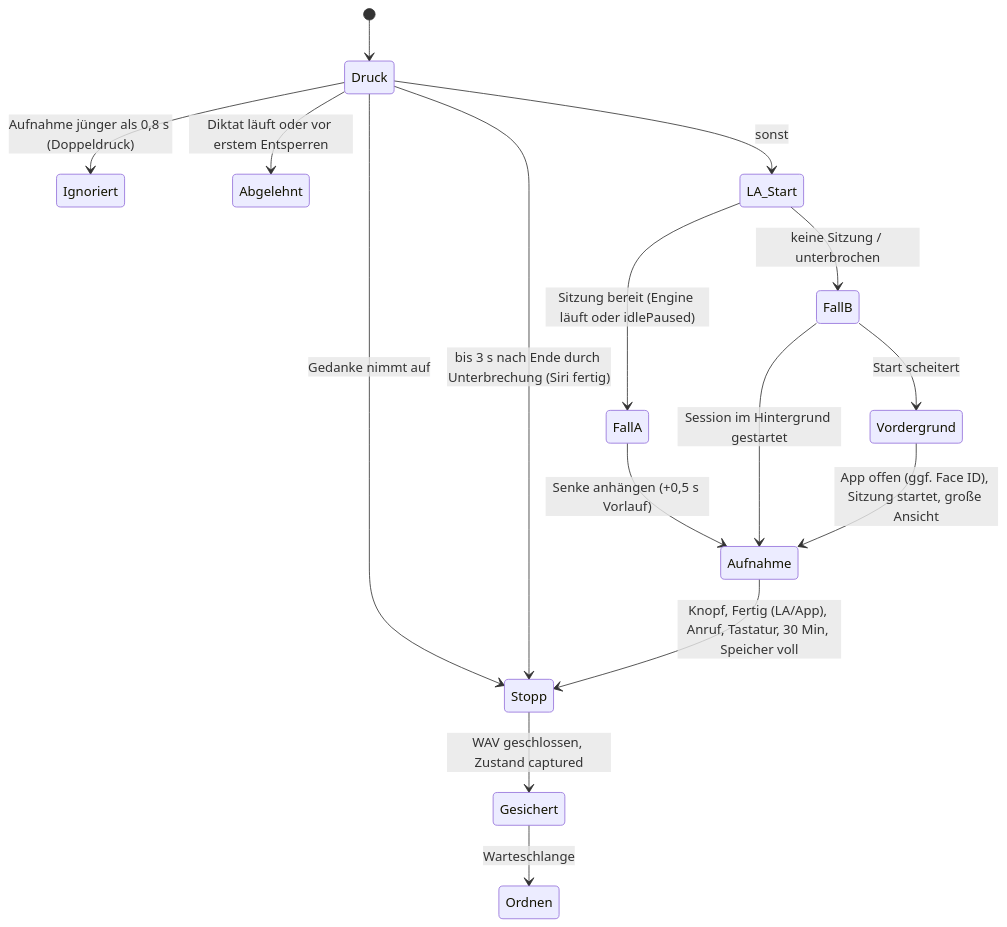
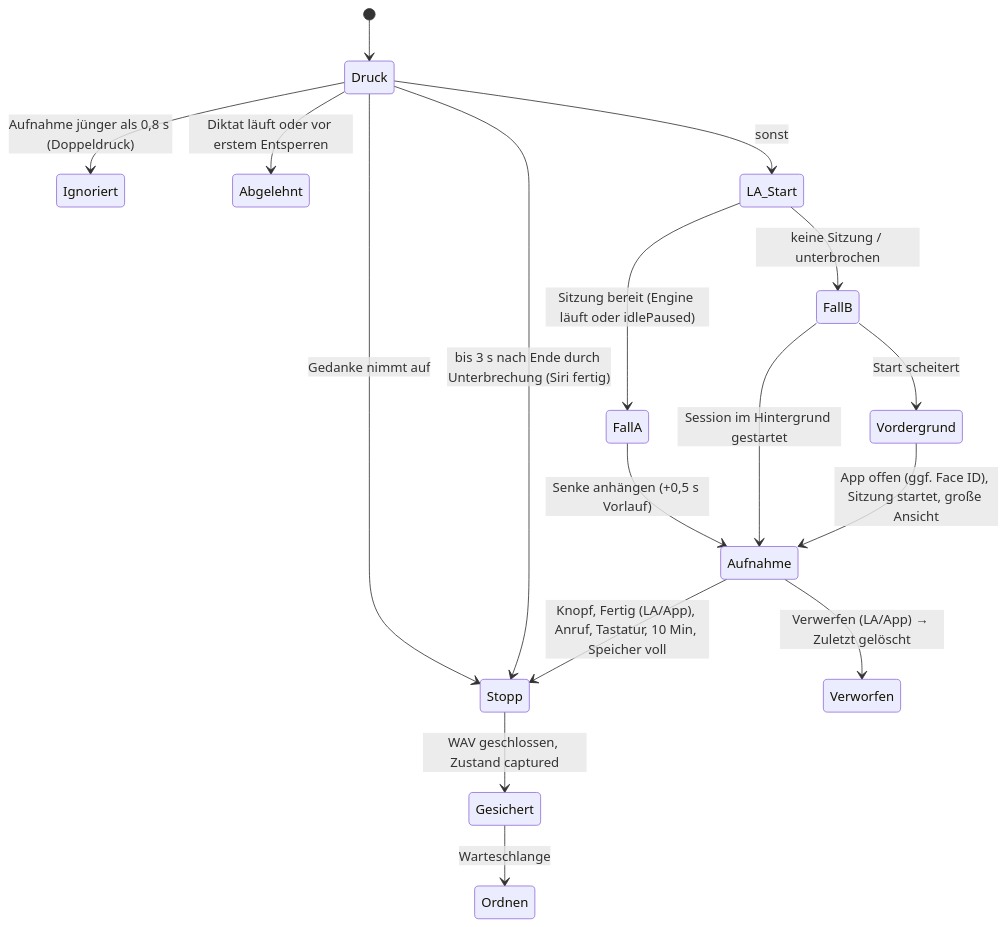
The diagram in ios/docs/gedanken/KONZEPT.md (qode-lab-wtf/paply), drawn with Mermaid before and after one commit. The commit also changed other lines of this file and 84 other files, not shown here.

````diff
--- a/ios/docs/gedanken/KONZEPT.md
+++ b/ios/docs/gedanken/KONZEPT.md
@@ -409,18 +414,19 @@
 ```mermaid
 stateDiagram-v2
     [*] --> Druck
     Druck --> Ignoriert: Aufnahme jünger als 0,8 s (Doppeldruck)
     Druck --> Stopp: Gedanke nimmt auf
     Druck --> Stopp: bis 3 s nach Ende durch Unterbrechung (Siri fertig)
     Druck --> Abgelehnt: Diktat läuft oder vor erstem Entsperren
     Druck --> LA_Start: sonst
     LA_Start --> FallA: Sitzung bereit (Engine läuft oder idlePaused)
     LA_Start --> FallB: keine Sitzung / unterbrochen
     FallA --> Aufnahme: Senke anhängen (+0,5 s Vorlauf)
     FallB --> Aufnahme: Session im Hintergrund gestartet
     FallB --> Vordergrund: Start scheitert
     Vordergrund --> Aufnahme: App offen (ggf. Face ID), Sitzung startet, große Ansicht
-    Aufnahme --> Stopp: Knopf, Fertig (LA/App), Anruf, Tastatur, 30 Min, Speicher voll
+    Aufnahme --> Stopp: Knopf, Fertig (LA/App), Anruf, Tastatur, 10 Min, Speicher voll
+    Aufnahme --> Verworfen: Verwerfen (LA/App) → Zuletzt gelöscht
     Stopp --> Gesichert: WAV geschlossen, Zustand captured
     Gesichert --> Ordnen: Warteschlange
 ```
````
